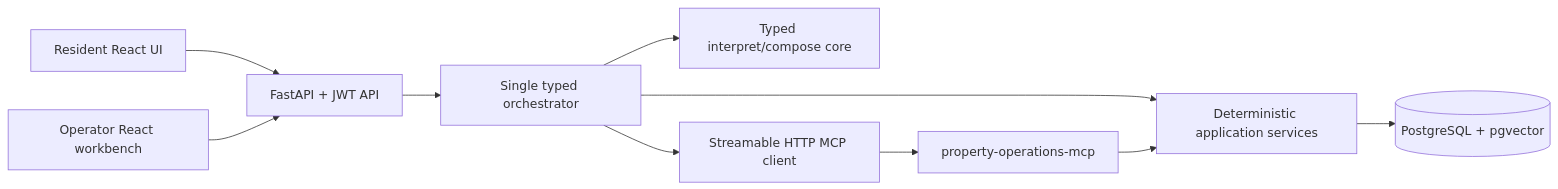
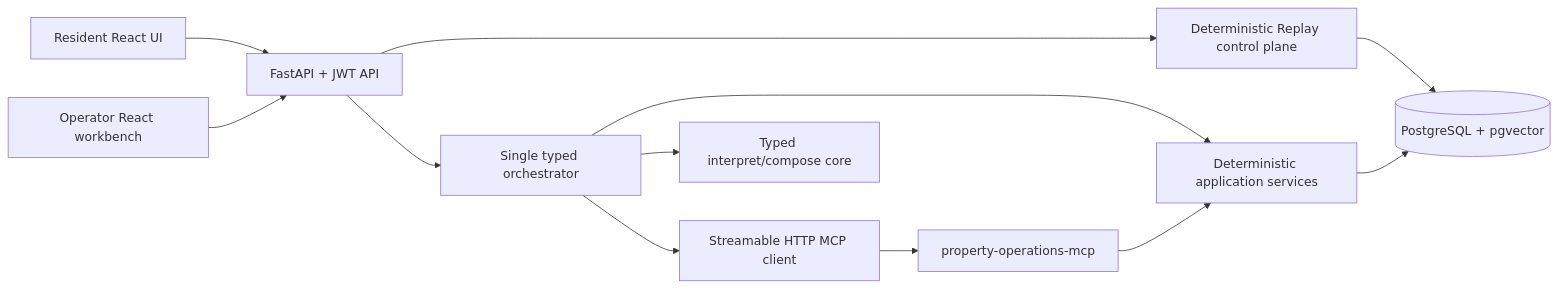
The diagram in docs/ARCHITECTURE.md (zzhou854/fixflow), drawn with Mermaid before and after one commit. The commit also changed other lines of this file and 59 other files, not shown here.

Commit message:
feat: add deterministic replay and recovery console

````diff
--- a/docs/ARCHITECTURE.md
+++ b/docs/ARCHITECTURE.md
@@ -5,12 +5,14 @@
 ```mermaid
 flowchart LR
     Resident["Resident React UI"] --> API["FastAPI + JWT API"]
     Operator["Operator React workbench"] --> API
+    API --> Replay["Deterministic Replay control plane"]
+    Replay --> PostgreSQL
     API --> Orchestrator["Single typed orchestrator"]
     Orchestrator --> Services["Deterministic application services"]
     Orchestrator --> LLM["Typed interpret/compose core"]
     Orchestrator --> MCPClient["Streamable HTTP MCP client"]
     MCPClient --> MCP["property-operations-mcp"]
     MCP --> Services
     Services --> PostgreSQL[("PostgreSQL + pgvector")]
 ```
````
